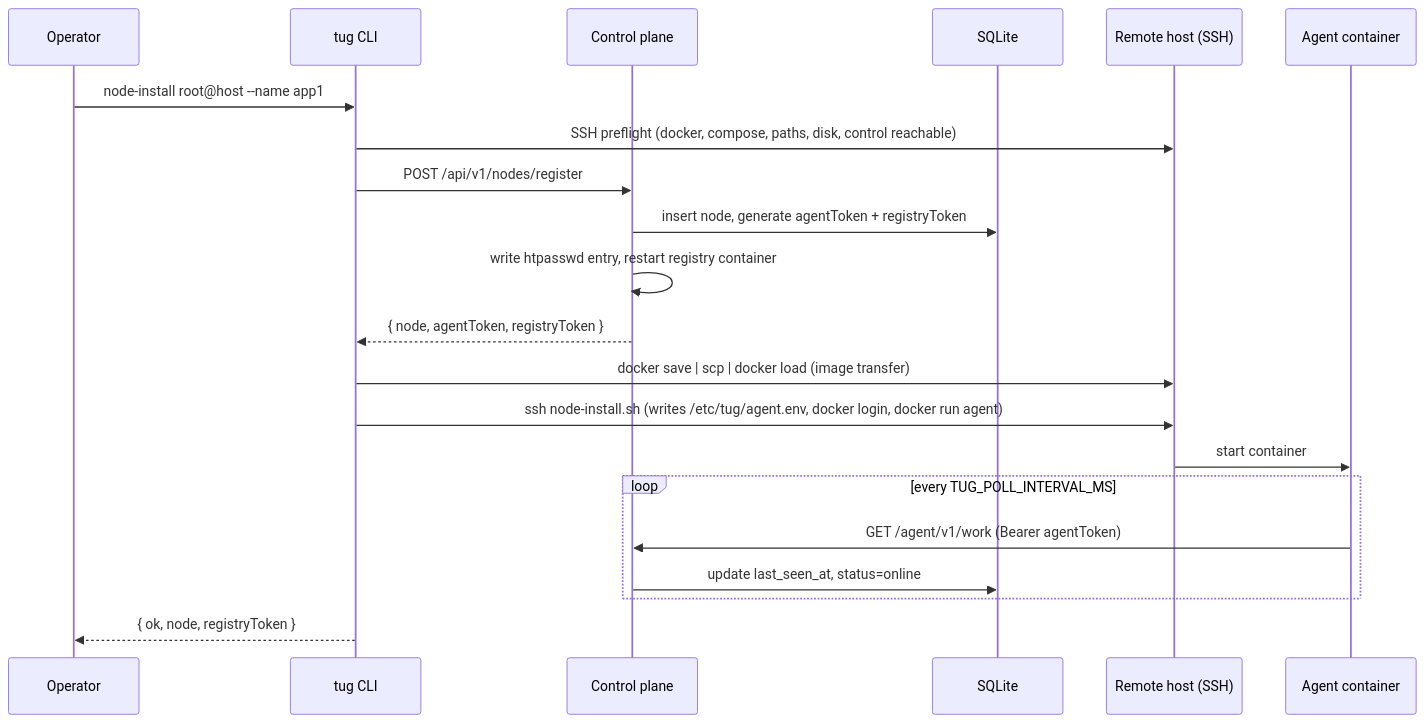
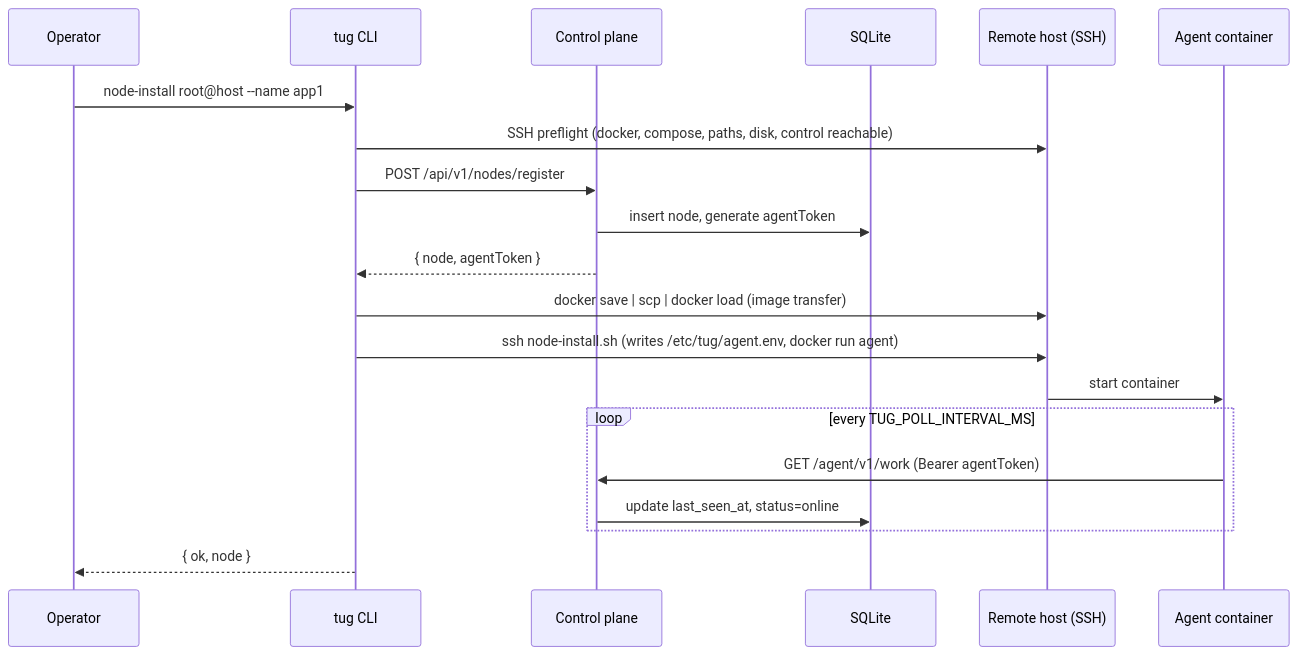
One commit to wpelevator/tug changed the first of 5 diagrams in docs/architecture.md. Above: the diagram before and after it, drawn with Mermaid. The commit also changed other lines of this file and 78 other files, not shown here.

````diff
--- a/docs/architecture.md
+++ b/docs/architecture.md
@@ -63,24 +62,23 @@
 ```mermaid
 sequenceDiagram
     participant Op as Operator
     participant CLI as tug CLI
     participant Ctrl as Control plane
     participant DB as SQLite
     participant Host as Remote host (SSH)
     participant Agent as Agent container
 
     Op->>CLI: node-install root@host --name app1
     CLI->>Host: SSH preflight (docker, compose, paths, disk, control reachable)
     CLI->>Ctrl: POST /api/v1/nodes/register
-    Ctrl->>DB: insert node, generate agentToken + registryToken
-    Ctrl->>Ctrl: write htpasswd entry, restart registry container
-    Ctrl-->>CLI: { node, agentToken, registryToken }
+    Ctrl->>DB: insert node, generate agentToken
+    Ctrl-->>CLI: { node, agentToken }
     CLI->>Host: docker save | scp | docker load (image transfer)
-    CLI->>Host: ssh node-install.sh (writes /etc/tug/agent.env, docker login, docker run agent)
+    CLI->>Host: ssh node-install.sh (writes /etc/tug/agent.env, docker run agent)
     Host->>Agent: start container
     loop every TUG_POLL_INTERVAL_MS
         Agent->>Ctrl: GET /agent/v1/work (Bearer agentToken)
         Ctrl->>DB: update last_seen_at, status=online
     end
-    CLI-->>Op: { ok, node, registryToken }
+    CLI-->>Op: { ok, node }
 ```
````
